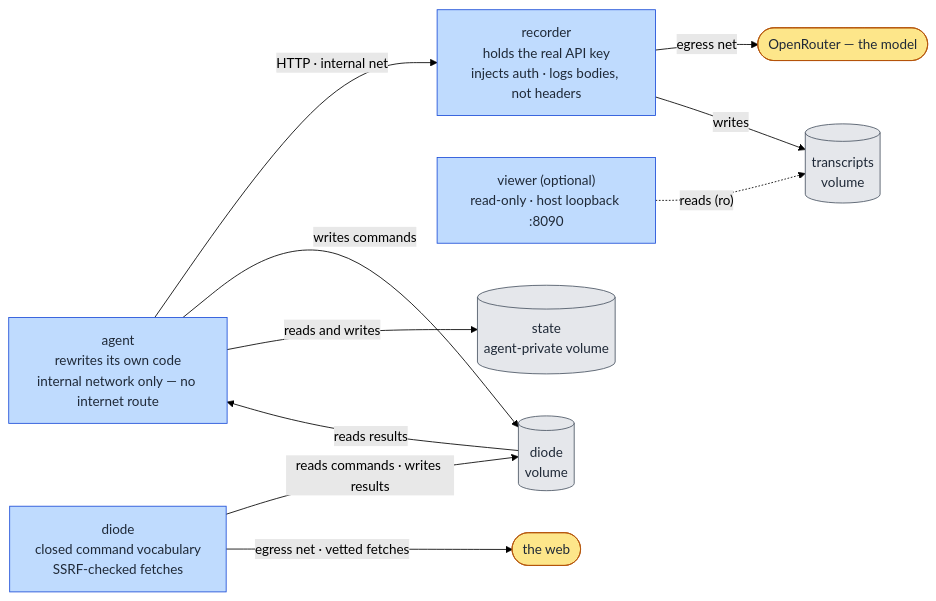
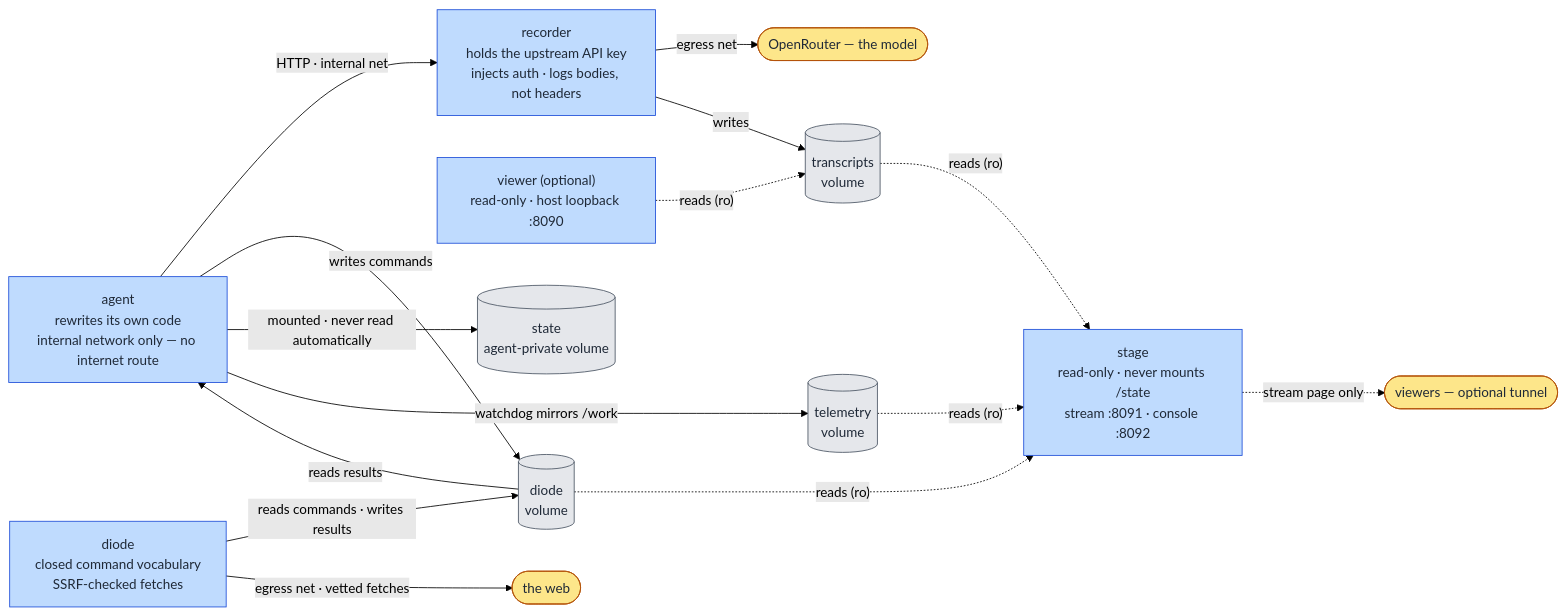
One commit to tachyon-beep/aurora changed the diagram in README.md. Above: the diagram before and after it, drawn with Mermaid (forest theme). The commit also changed other lines of this file, not shown here.

````diff
--- a/README.md
+++ b/README.md
@@ -38,32 +38,41 @@
 ```mermaid
 flowchart LR
     agent["agent<br/>rewrites its own code<br/>internal network only — no internet route"]
-    recorder["recorder<br/>holds the real API key<br/>injects auth · logs bodies, not headers"]
+    recorder["recorder<br/>holds the upstream API key<br/>injects auth · logs bodies, not headers"]
     diode["diode<br/>closed command vocabulary<br/>SSRF-checked fetches"]
     viewer["viewer (optional)<br/>read-only · host loopback :8090"]
+    stage["stage<br/>read-only · never mounts /state<br/>stream :8091 · console :8092"]
 
     tvol[("transcripts<br/>volume")]
     dvol[("diode<br/>volume")]
     svol[("state<br/>agent-private volume")]
+    mvol[("telemetry<br/>volume")]
 
     model(["OpenRouter — the model"])
     web(["the web"])
+    audience(["viewers — optional tunnel"])
 
     agent -- "HTTP · internal net" --> recorder
     recorder -- "egress net" --> model
     recorder -- "writes" --> tvol
     viewer -. "reads (ro)" .-> tvol
 
     agent -- "writes commands" --> dvol
     dvol -- "reads results" --> agent
     diode -- "reads commands · writes results" --> dvol
     diode -- "egress net · vetted fetches" --> web
-    agent -- "reads and writes" --> svol
+    agent -- "mounted · never read automatically" --> svol
+
+    agent -- "watchdog mirrors /work" --> mvol
+    mvol -. "reads (ro)" .-> stage
+    tvol -. "reads (ro)" .-> stage
+    dvol -. "reads (ro)" .-> stage
+    stage -. "stream page only" .-> audience
 
     classDef external fill:#fde68a,stroke:#b45309,color:#1f2937;
     classDef contained fill:#bfdbfe,stroke:#1d4ed8,color:#1f2937;
     classDef vol fill:#e5e7eb,stroke:#4b5563,color:#1f2937;
-    class model,web external;
-    class agent,recorder,diode,viewer contained;
-    class tvol,dvol,svol vol;
+    class model,web,audience external;
+    class agent,recorder,diode,viewer,stage contained;
+    class tvol,dvol,svol,mvol vol;
 ```
````
